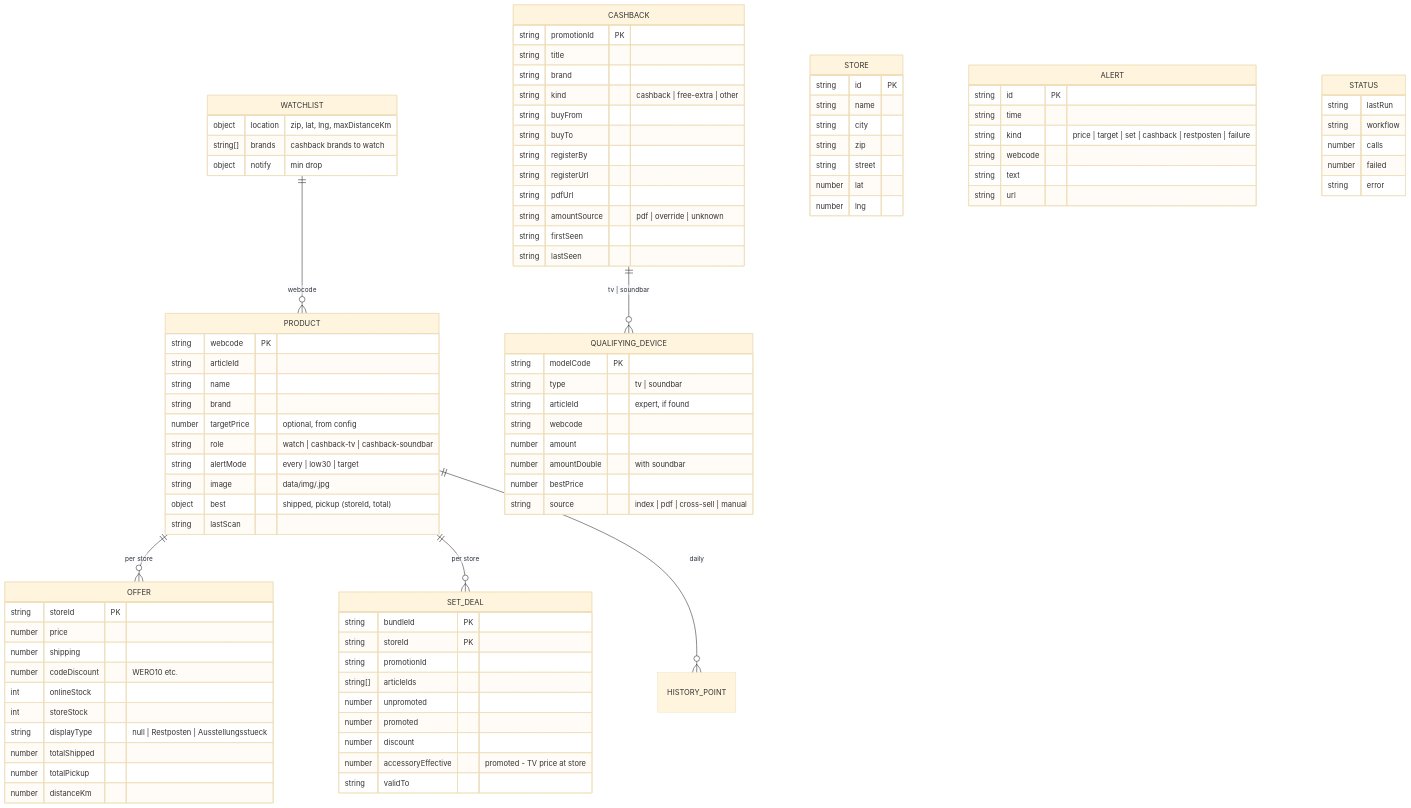
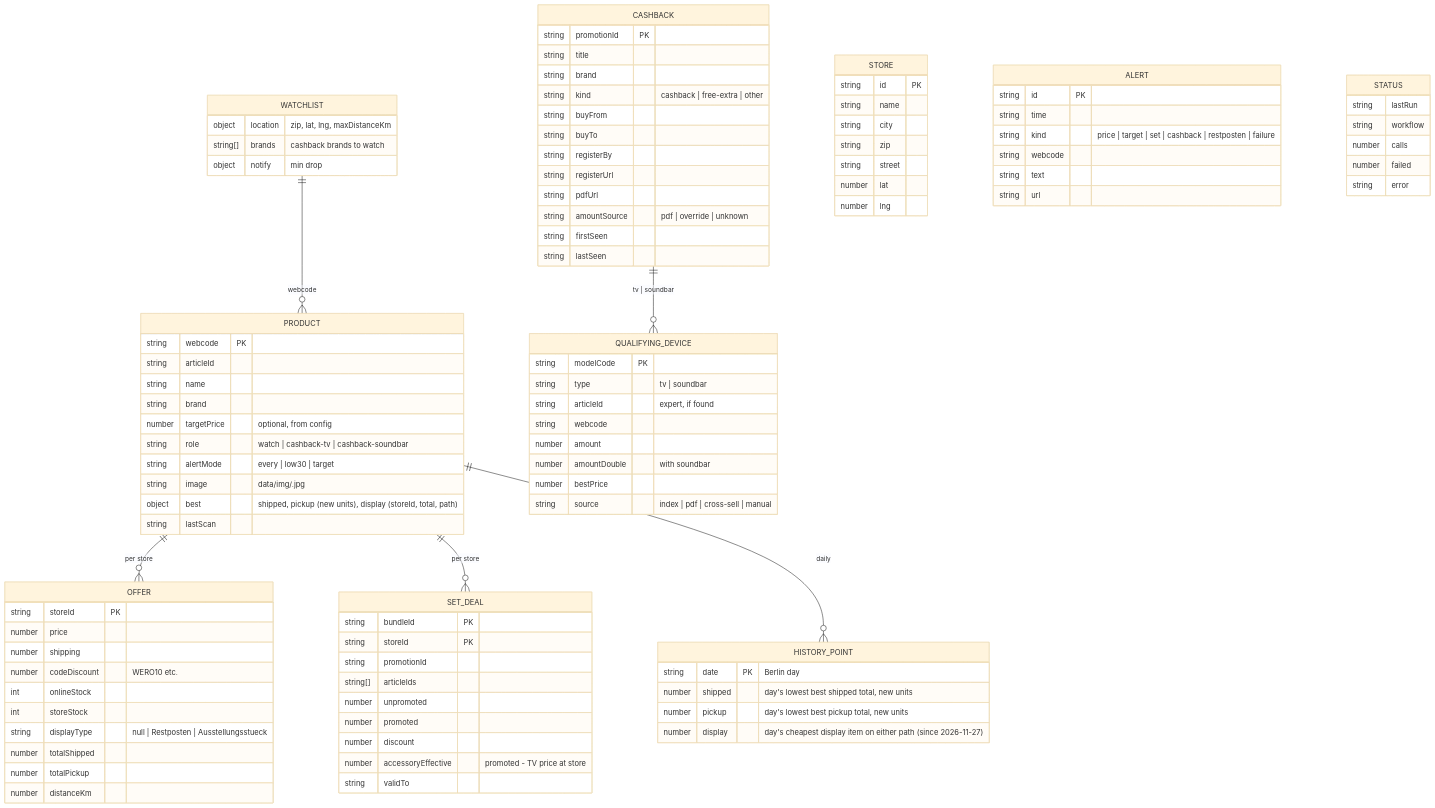
Before and after one commit to moegelin/expert-checker: the second of 2 diagrams in docs/plan.md, drawn with Mermaid (base theme). The commit also changed other lines of this file and 9 other files, not shown here.

```diff
--- a/docs/plan.md
+++ b/docs/plan.md
@@ -231,8 +233,14 @@
     string role "watch | cashback-tv | cashback-soundbar"
     string alertMode "every | low30 | target"
     string image "data/img/<webcode>.jpg"
-    object best "shipped, pickup (storeId, total)"
+    object best "shipped, pickup (new units), display (storeId, total, path)"
     string lastScan
+  }
+  HISTORY_POINT {
+    string date PK "Berlin day"
+    number shipped "day's lowest best shipped total, new units"
+    number pickup "day's lowest best pickup total, new units"
+    number display "day's cheapest display item on either path (since 2026-11-27)"
   }
   OFFER {
     string storeId PK
```
